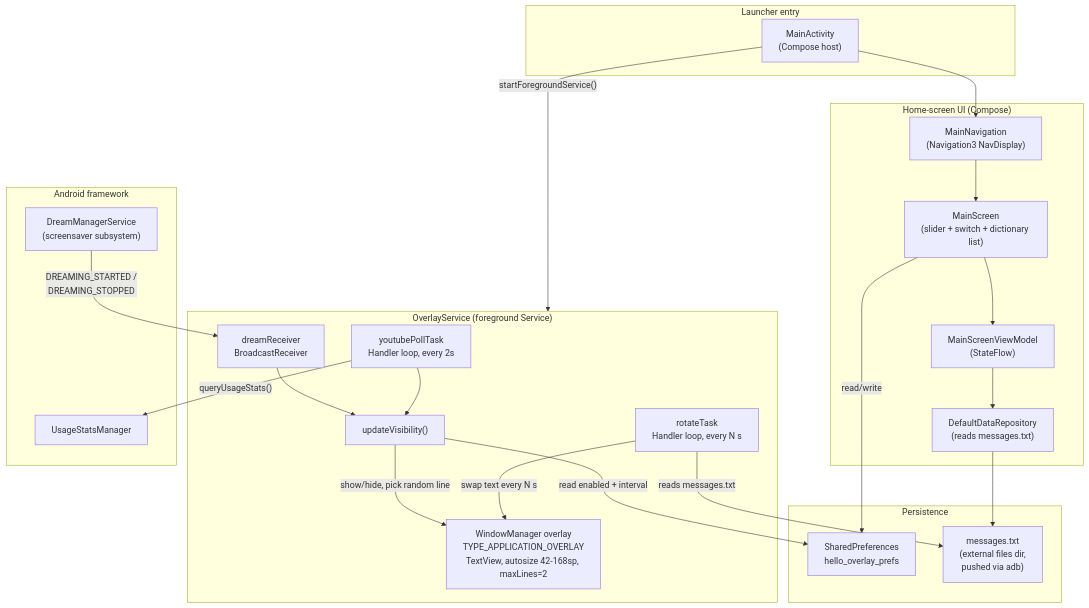
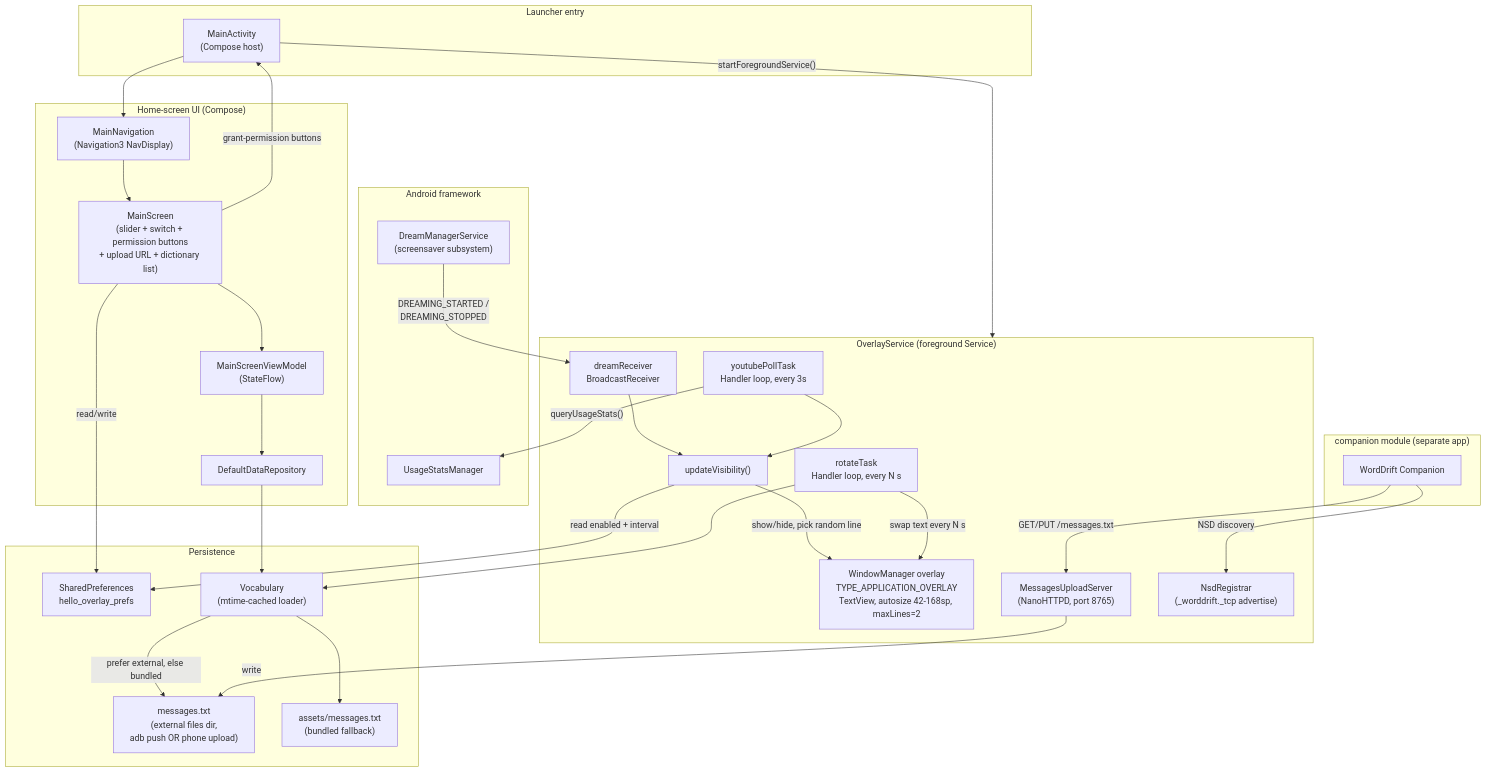
Before and after one commit to persianoff/WordDrift: the first of 3 diagrams in ARCHITECTURE.md, drawn with Mermaid. The commit also changed other lines of this file and 1 other file, not shown here.

First line of the commit message:
Update ARCHITECTURE.md and README.md to match current implementation

````diff
--- a/ARCHITECTURE.md
+++ b/ARCHITECTURE.md
@@ -12,45 +18,60 @@
 ```mermaid
 flowchart TB
     subgraph Launcher["Launcher entry"]
         MA["MainActivity\n(Compose host)"]
     end
 
     subgraph UI["Home-screen UI (Compose)"]
         NAV["MainNavigation\n(Navigation3 NavDisplay)"]
-        MS["MainScreen\n(slider + switch + dictionary list)"]
+        MS["MainScreen\n(slider + switch + permission buttons\n+ upload URL + dictionary list)"]
         VM["MainScreenViewModel\n(StateFlow<UiState>)"]
-        REPO["DefaultDataRepository\n(reads messages.txt)"]
+        REPO["DefaultDataRepository"]
     end
 
     subgraph OS["OverlayService (foreground Service)"]
         WIN["WindowManager overlay\nTYPE_APPLICATION_OVERLAY\nTextView, autosize 42-168sp, maxLines=2"]
         DREAM["dreamReceiver\nBroadcastReceiver"]
-        POLL["youtubePollTask\nHandler loop, every 2s"]
+        POLL["youtubePollTask\nHandler loop, every 3s"]
         ROT["rotateTask\nHandler loop, every N s"]
         VIS["updateVisibility()"]
+        HTTP["MessagesUploadServer\n(NanoHTTPD, port 8765)"]
+        NSD["NsdRegistrar\n(_worddrift._tcp advertise)"]
     end
 
     subgraph Android["Android framework"]
         DMS["DreamManagerService\n(screensaver subsystem)"]
         USM["UsageStatsManager"]
     end
 
     subgraph Storage["Persistence"]
         PREFS["SharedPreferences\nhello_overlay_prefs"]
-        FILE["messages.txt\n(external files dir,\npushed via adb)"]
+        VOCAB["Vocabulary\n(mtime-cached loader)"]
+        FILE["messages.txt\n(external files dir,\nadb push OR phone upload)"]
+        ASSET["assets/messages.txt\n(bundled fallback)"]
+    end
+
+    subgraph Phone["companion module (separate app)"]
+        CA["WordDrift Companion"]
     end
 
     MA -- "startForegroundService()" --> OS
     MA --> NAV --> MS
-    MS --> VM --> REPO --> FILE
+    MS --> VM --> REPO --> VOCAB
     MS -- "read/write" --> PREFS
+    MS -- "grant-permission buttons" --> MA
 
     DMS -- "DREAMING_STARTED /\nDREAMING_STOPPED" --> DREAM
     DREAM --> VIS
     POLL -- "queryUsageStats()" --> USM
     POLL --> VIS
     VIS -- "read enabled + interval" --> PREFS
     VIS -- "show/hide, pick random line" --> WIN
     ROT -- "swap text every N s" --> WIN
-    ROT -- "reads messages.txt" --> FILE
+    ROT --> VOCAB
+    VOCAB -- "prefer external, else bundled" --> FILE
+    VOCAB --> ASSET
+
+    CA -- "NSD discovery" --> NSD
+    CA -- "GET/PUT /messages.txt" --> HTTP
+    HTTP -- "write" --> FILE
 ```
````
